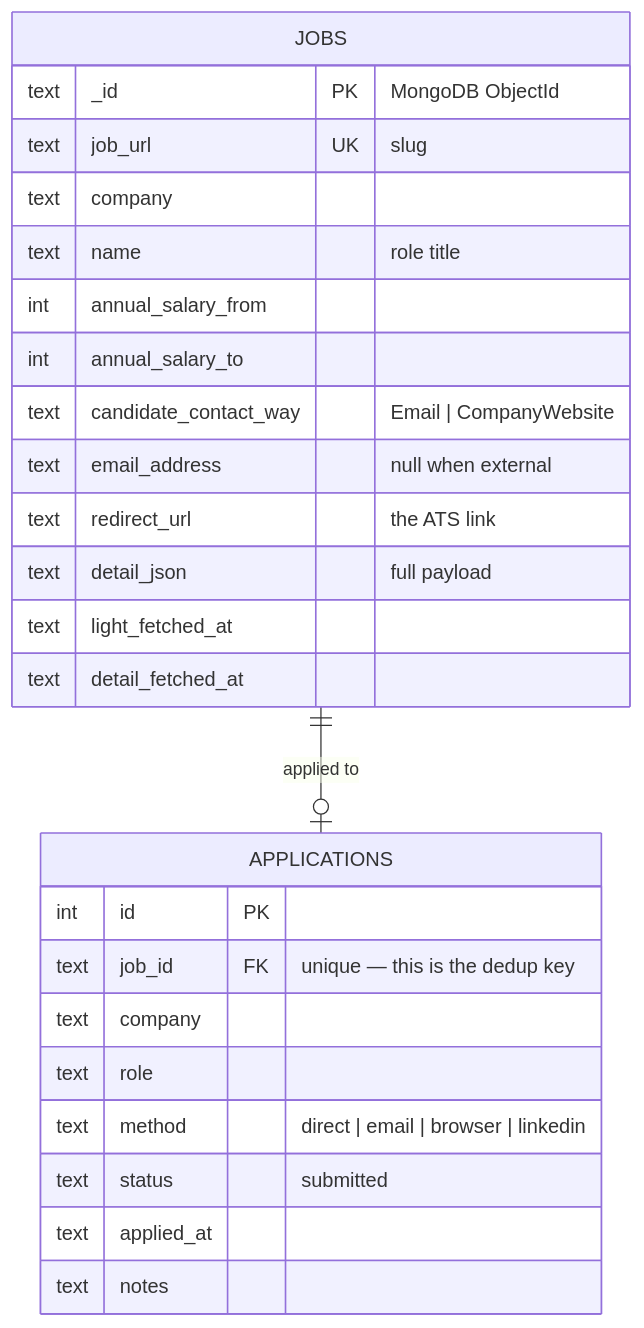
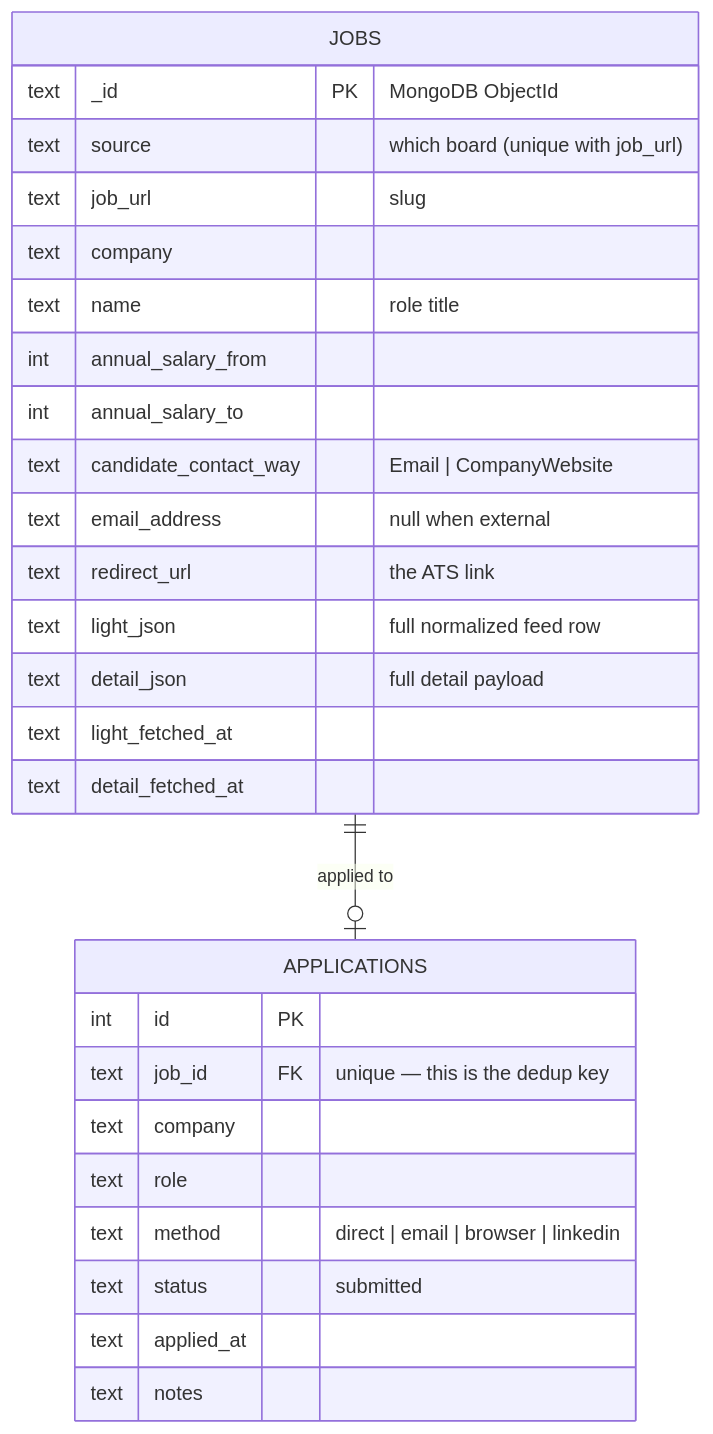
The seventh of 7 diagrams in README.md (Stupidoodle/swissdevjobs-cli), drawn with Mermaid before and after one commit. The commit also changed other lines of this file and 2 other files, not shown here.

````diff
--- a/README.md
+++ b/README.md
@@ -604,28 +607,30 @@
 ```mermaid
 erDiagram
     JOBS {
         text _id PK "MongoDB ObjectId"
-        text job_url UK "slug"
+        text source "which board (unique with job_url)"
+        text job_url "slug"
         text company
         text name "role title"
         int  annual_salary_from
         int  annual_salary_to
         text candidate_contact_way "Email | CompanyWebsite"
         text email_address "null when external"
         text redirect_url "the ATS link"
-        text detail_json "full payload"
+        text light_json "full normalized feed row"
+        text detail_json "full detail payload"
         text light_fetched_at
         text detail_fetched_at
     }
     APPLICATIONS {
         int  id PK
         text job_id FK "unique — this is the dedup key"
         text company
         text role
         text method "direct | email | browser | linkedin"
         text status "submitted"
         text applied_at
         text notes
     }
     JOBS ||--o| APPLICATIONS : "applied to"
 ```
````
